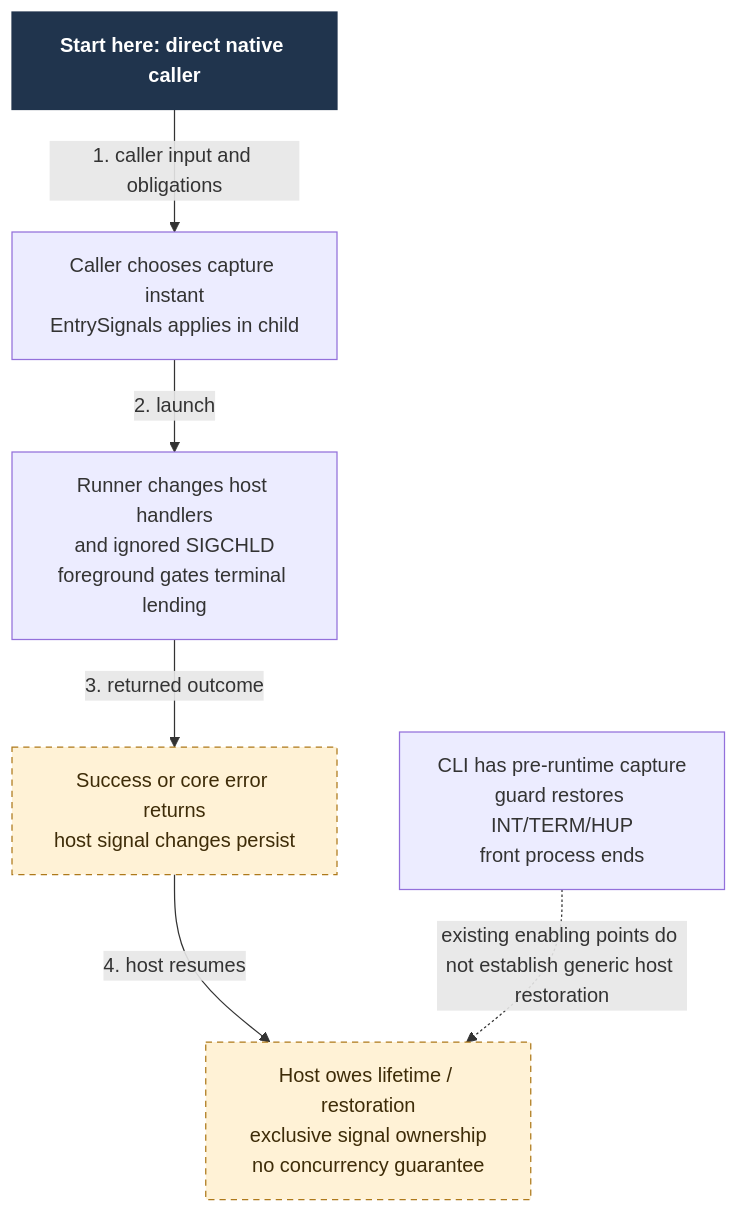
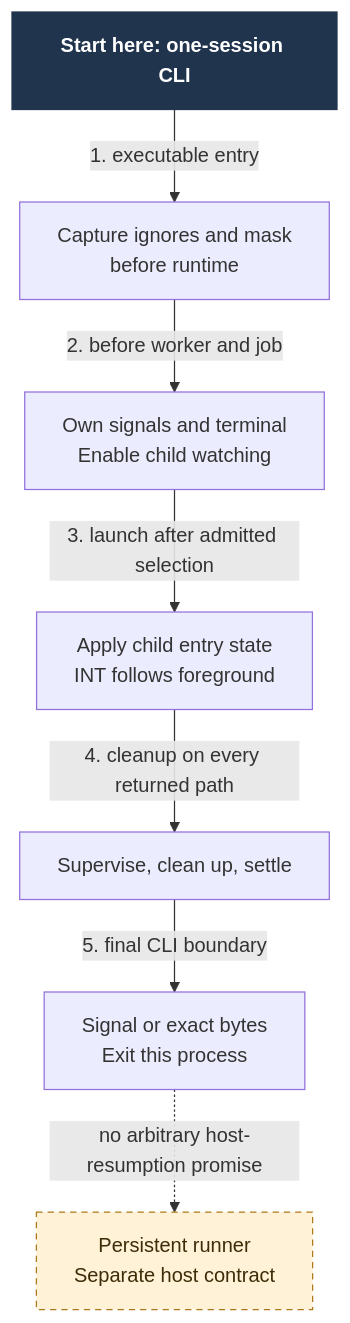
The diagram in docs/design/result-job/native-entry.mmd (Linkuistics/Ravel), drawn with Mermaid before and after one commit. The commit also changed 14 other files, not shown here.

Commit message:
completion-failure-contract-k8: define failure settlement and native launcher repair contracts

```diff
--- a/docs/design/result-job/native-entry.mmd
+++ b/docs/design/result-job/native-entry.mmd
@@ -1,16 +1,18 @@
 flowchart TB
-  start["Start here: direct native caller"]
-  entry["Caller chooses capture instant<br/>EntrySignals applies in child"]
-  runner["Runner changes host handlers<br/>and ignored SIGCHLD<br/>foreground gates terminal lending"]
-  returned["Success or core error returns<br/>host signal changes persist"]
-  host["Host owes lifetime / restoration<br/>exclusive signal ownership<br/>no concurrency guarantee"]
-  cli["CLI has pre-runtime capture<br/>guard restores INT/TERM/HUP<br/>front process ends"]
-  start -->|"1. caller input and obligations"| entry
-  entry -->|"2. launch"| runner
-  runner -->|"3. returned outcome"| returned
-  returned -->|"4. host resumes"| host
-  cli -.->|"existing enabling points do not establish generic host restoration"| host
+  start["Start here: one-session CLI"]
+  entry["Capture ignores and mask<br/>before runtime"]
+  authority["Own signals and terminal<br/>Enable child watching"]
+  child["Apply child entry state<br/>INT follows foreground"]
+  settle["Supervise, clean up, settle"]
+  exit["Signal or exact bytes<br/>Exit this process"]
+  host["Persistent runner<br/>Separate host contract"]
+  start -->|"1. executable entry"| entry
+  entry -->|"2. before worker and job"| authority
+  authority -->|"3. launch after admitted selection"| child
+  child -->|"4. cleanup on every returned path"| settle
+  settle -->|"5. final CLI boundary"| exit
+  exit -.->|"no arbitrary host-resumption promise"| host
   classDef start fill:#20344d,color:#fff,stroke:#20344d,font-weight:bold
   classDef limit fill:#fff2d6,color:#3e2c08,stroke:#ae791a,stroke-dasharray:5 4
   class start start
-  class returned,host limit
+  class host limit
```
